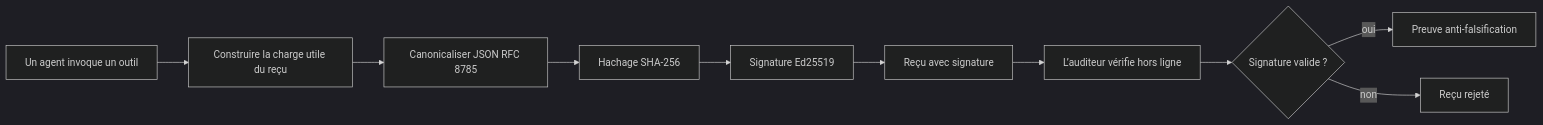
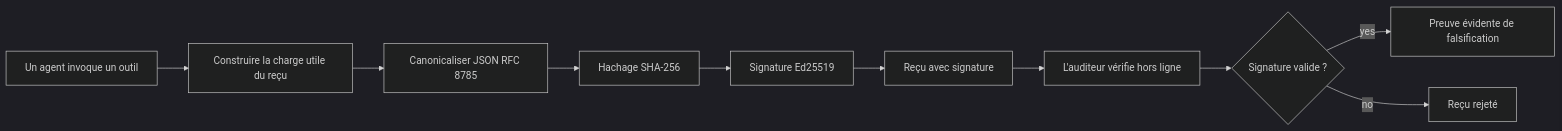
One commit to microsoft/ai-agents-for-beginners changed the first of 2 diagrams in translations/fr/18-securing-ai-agents/README.md. Above: the diagram before and after it, drawn with Mermaid (dark theme). The commit also changed other lines of this file and 92 other files, not shown here.

````diff
--- a/translations/fr/18-securing-ai-agents/README.md
+++ b/translations/fr/18-securing-ai-agents/README.md
@@ -51,12 +51,12 @@
 ```mermaid
 flowchart LR
     A[Un agent invoque un outil] --> B[Construire la charge utile du reçu]
     B --> C[Canonicaliser JSON RFC 8785]
     C --> D[Hachage SHA-256]
     D --> E[Signature Ed25519]
     E --> F[Reçu avec signature]
-    F --> G[L’auditeur vérifie hors ligne]
+    F --> G[L'auditeur vérifie hors ligne]
     G --> H{Signature valide ?}
-    H -- oui --> I[Preuve anti-falsification]
-    H -- non --> J[Reçu rejeté]
+    H -- yes --> I[Preuve évidente de falsification]
+    H -- no --> J[Reçu rejeté]
 ```
````
